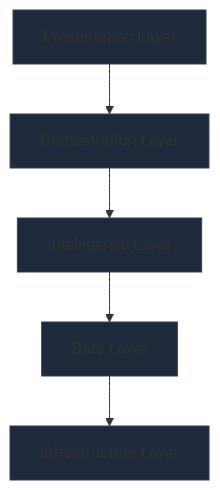
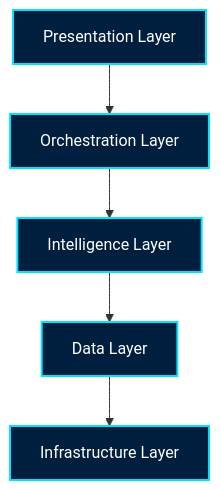
The diagram in README.md (omninstack/omninstack.github.io), drawn with Mermaid before and after one commit. The commit also changed 2 other files, not shown here.

Commit message:
Improve color tone

````diff
--- a/README.md
+++ b/README.md
@@ -22,13 +22,13 @@
 ```mermaid
 graph TD
     A[Presentation Layer] --> B[Orchestration Layer]
     B --> C[Intelligence Layer]
     C --> D[Data Layer]
     D --> E[Infrastructure Layer]
 
-    style A fill:#1e293b,stroke:#334155
-    style B fill:#1e293b,stroke:#334155
-    style C fill:#1e293b,stroke:#334155
-    style D fill:#1e293b,stroke:#334155
-    style E fill:#1e293b,stroke:#334155
+    style A fill:#001F3F,stroke:#00E5FF,stroke-width:2px,color:#fff
+    style B fill:#001F3F,stroke:#00E5FF,stroke-width:2px,color:#fff
+    style C fill:#001F3F,stroke:#00E5FF,stroke-width:2px,color:#fff
+    style D fill:#001F3F,stroke:#00E5FF,stroke-width:2px,color:#fff
+    style E fill:#001F3F,stroke:#00E5FF,stroke-width:2px,color:#fff
 ```
````
